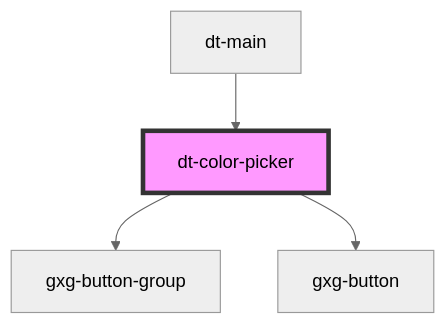
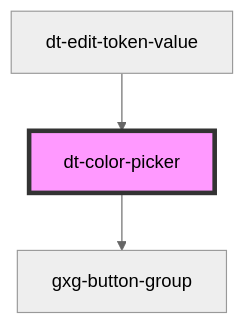
The diagram in src/components/color-picker/readme.md (genexuslabs/design-tokens-editor), drawn with Mermaid (neutral theme) before and after one commit. The commit also changed other lines of this file and 11 other files, not shown here.

Commit message:
Finish edit-token-value component

````diff
--- a/src/components/color-picker/readme.md
+++ b/src/components/color-picker/readme.md
@@ -36,7 +35,6 @@
 ```mermaid
 graph TD;
   dt-color-picker --> gxg-button-group
-  dt-color-picker --> gxg-button
-  dt-main --> dt-color-picker
+  dt-edit-token-value --> dt-color-picker
   style dt-color-picker fill:#f9f,stroke:#333,stroke-width:4px
 ```
````
